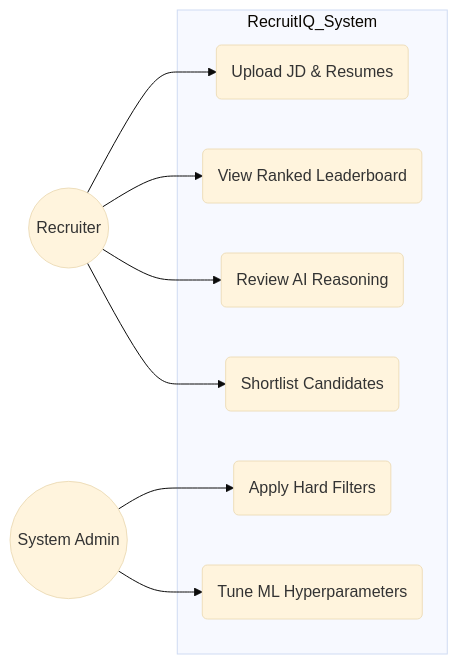
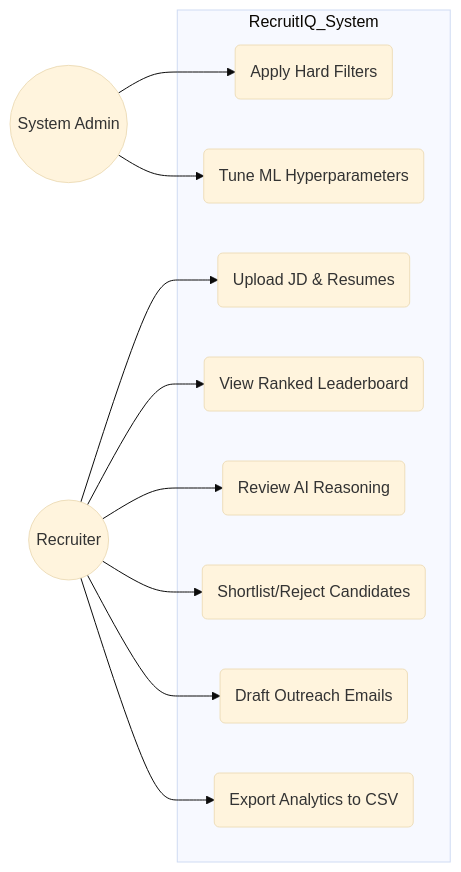
One commit to anshul4510/RecruitIQ changed the second of 5 diagrams in README.md. Above: the diagram before and after it, drawn with Mermaid (base theme). The commit also changed other lines of this file and 3 other files, not shown here.

````diff
--- a/README.md
+++ b/README.md
@@ -61,22 +71,26 @@
 ```mermaid
 flowchart LR
     Recruiter((Recruiter))
     Admin((System Admin))
 
     subgraph RecruitIQ_System
         UC1(Upload JD & Resumes)
         UC2(Apply Hard Filters)
         UC3(View Ranked Leaderboard)
         UC4(Review AI Reasoning)
-        UC5(Shortlist Candidates)
+        UC5(Shortlist/Reject Candidates)
         UC6(Tune ML Hyperparameters)
+        UC7(Draft Outreach Emails)
+        UC8(Export Analytics to CSV)
     end
 
     Recruiter --> UC1
     Recruiter --> UC3
     Recruiter --> UC4
     Recruiter --> UC5
+    Recruiter --> UC7
+    Recruiter --> UC8
 
     Admin --> UC2
     Admin --> UC6
 ```
````
